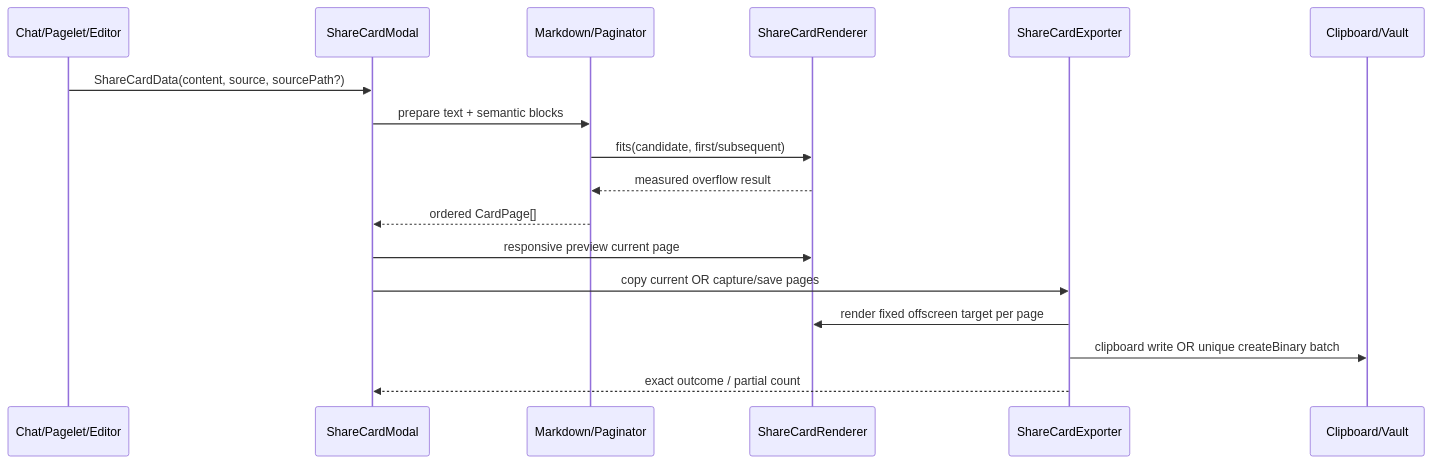
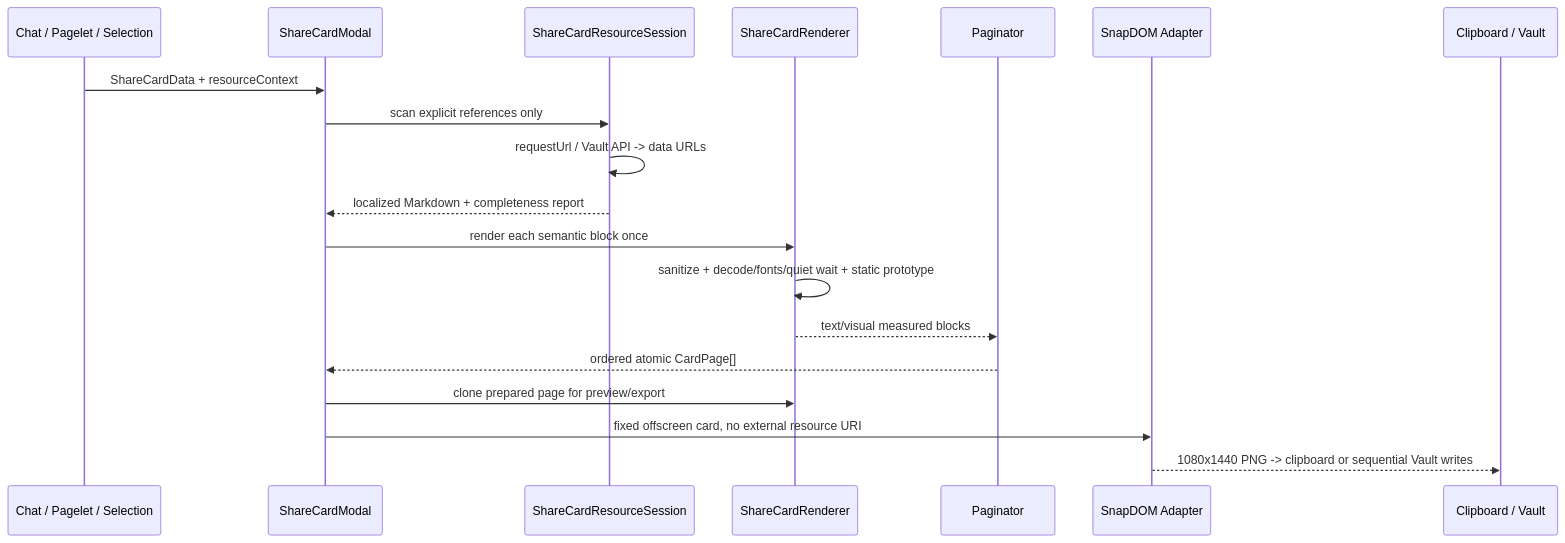
Before and after one commit to edonyzpc/personal-assistant: the diagram in docs/development/active/share-card/sdd.md, drawn with Mermaid. The commit also changed other lines of this file and 8 other files, not shown here.

First line of the commit message:
docs(share-card): consolidate Snapdom-based share-card design and execution artifacts

````diff
--- a/docs/development/active/share-card/sdd.md
+++ b/docs/development/active/share-card/sdd.md
@@ -46,19 +36,21 @@
 ```mermaid
 sequenceDiagram
-  participant Entry as Chat/Pagelet/Editor
+  participant Entry as Chat / Pagelet / Selection
   participant Modal as ShareCardModal
-  participant Prep as Markdown/Paginator
+  participant Session as ShareCardResourceSession
   participant Render as ShareCardRenderer
-  participant Export as ShareCardExporter
-  participant OS as Clipboard/Vault
-  Entry->>Modal: ShareCardData(content, source, sourcePath?)
-  Modal->>Prep: prepare text + semantic blocks
-  Prep->>Render: fits(candidate, first/subsequent)
-  Render-->>Prep: measured overflow result
-  Prep-->>Modal: ordered CardPage[]
-  Modal->>Render: responsive preview current page
-  Modal->>Export: copy current OR capture/save pages
-  Export->>Render: render fixed offscreen target per page
-  Export->>OS: clipboard write OR unique createBinary batch
-  Export-->>Modal: exact outcome / partial count
+  participant Page as Paginator
+  participant Snap as SnapDOM Adapter
+  participant OS as Clipboard / Vault
+  Entry->>Modal: ShareCardData + resourceContext
+  Modal->>Session: scan explicit references only
+  Session->>Session: requestUrl / Vault API -> data URLs
+  Session-->>Modal: localized Markdown + completeness report
+  Modal->>Render: render each semantic block once
+  Render->>Render: sanitize + decode/fonts/quiet wait + static prototype
+  Render-->>Page: text/visual measured blocks
+  Page-->>Modal: ordered atomic CardPage[]
+  Modal->>Render: clone prepared page for preview/export
+  Modal->>Snap: fixed offscreen card, no external resource URI
+  Snap-->>OS: 1080x1440 PNG -> clipboard or sequential Vault writes
 ```
````
